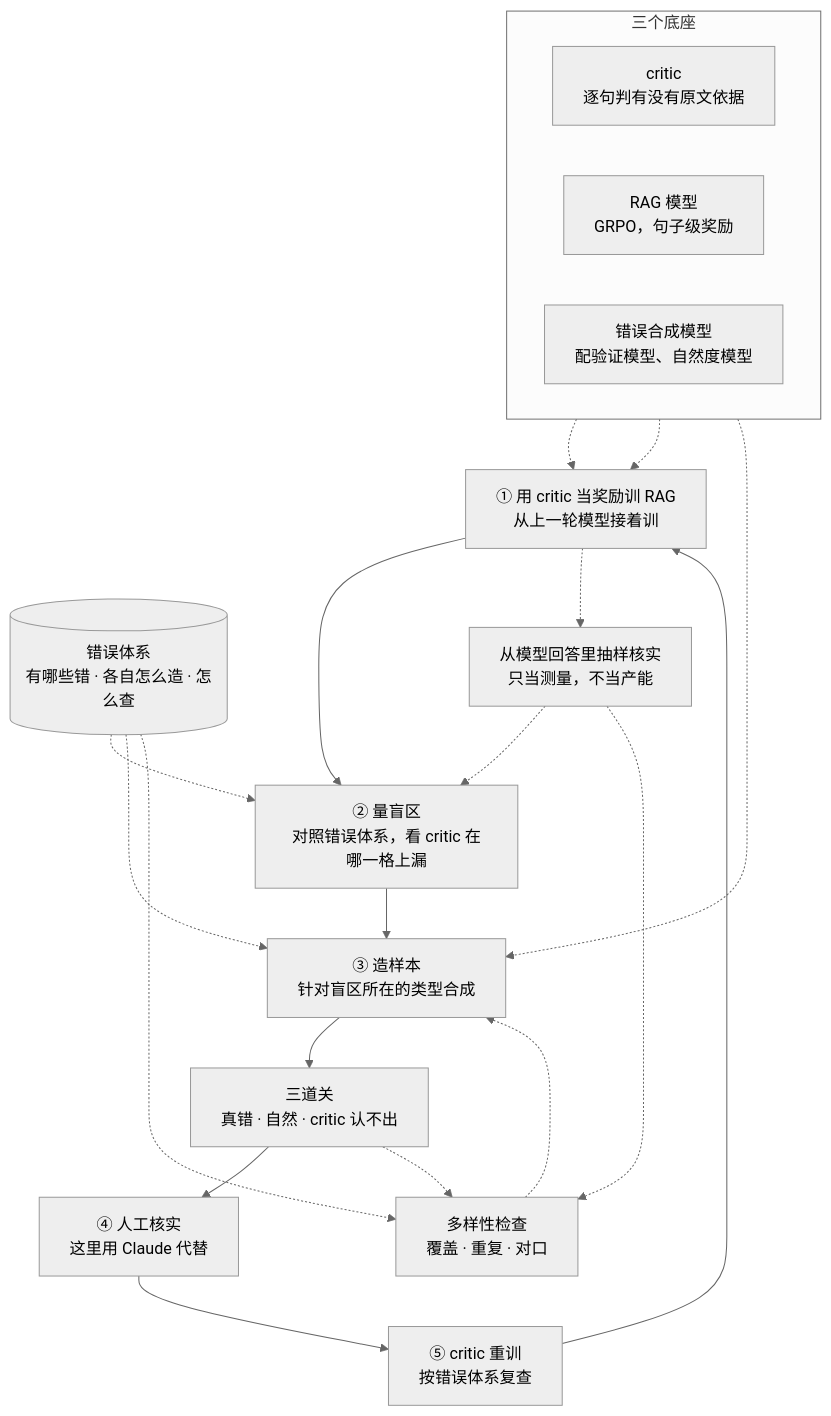
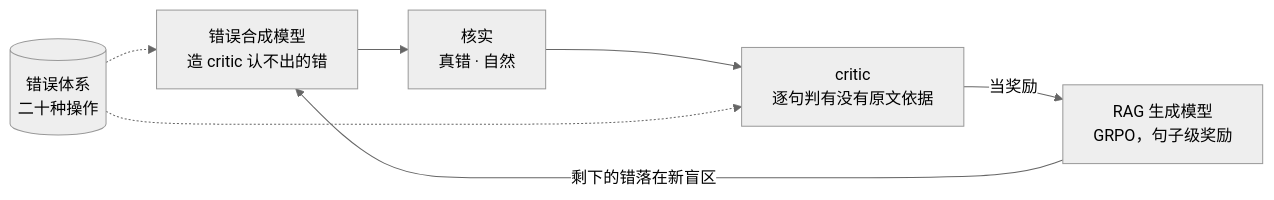
One commit to liaomingyue/claim-critic changed the diagram in docs/tech_share.md. Above: the diagram before and after it, drawn with Mermaid (neutral theme). The commit also changed other lines of this file and 2 other files, not shown here.

Commit message:
Docs: entry version reduced to goals, structure and conclusions; details moved to the detailed version; the synthesis doc now tells the full line of attempts from the 9 types to the operation list and staged GRPO

````diff
--- a/docs/tech_share.md
+++ b/docs/tech_share.md
@@ -118,35 +22,9 @@
 ```mermaid
-flowchart TB
-    subgraph BASE["三个底座"]
-        direction LR
-        C["critic<br/>逐句判有没有原文依据"]
-        P["RAG 模型<br/>GRPO，句子级奖励"]
-        G["错误合成模型<br/>配验证模型、自然度模型"]
-    end
-
-    S1["① 用 critic 当奖励训 RAG<br/>从上一轮模型接着训"]
-    S2["② 量盲区<br/>对照错误体系，看 critic 在哪一格上漏"]
-    S3["③ 造样本<br/>针对盲区所在的类型合成"]
-    F["三道关<br/>真错 · 自然 · critic 认不出"]
-    S4["④ 人工核实<br/>这里用 Claude 代替"]
-    S5["⑤ critic 重训<br/>按错误体系复查"]
-
-    S1 --> S2 --> S3 --> F --> S4 --> S5 --> S1
-
-    T[("错误体系<br/>有哪些错 · 各自怎么造 · 怎么查")]
-    D["多样性检查<br/>覆盖 · 重复 · 对口"]
-    M["从模型回答里抽样核实<br/>只当测量，不当产能"]
-
-    T -.-> S2
-    T -.-> S3
-    T -.-> D
-    S1 -.-> M
-    M -.-> S2
-    M -.-> D
-    F -.-> D
-    D -.-> S3
-
-    P -.-> S1
-    C -.-> S1
-    G -.-> S3
+flowchart LR
+    G["错误合成模型<br/>造 critic 认不出的错"] --> V["核实<br/>真错 · 自然"]
+    V --> C["critic<br/>逐句判有没有原文依据"]
+    C -->|当奖励| P["RAG 生成模型<br/>GRPO，句子级奖励"]
+    P -->|剩下的错落在新盲区| G
+    T[("错误体系<br/>二十种操作")] -.-> G
+    T -.-> C
 ```
````
